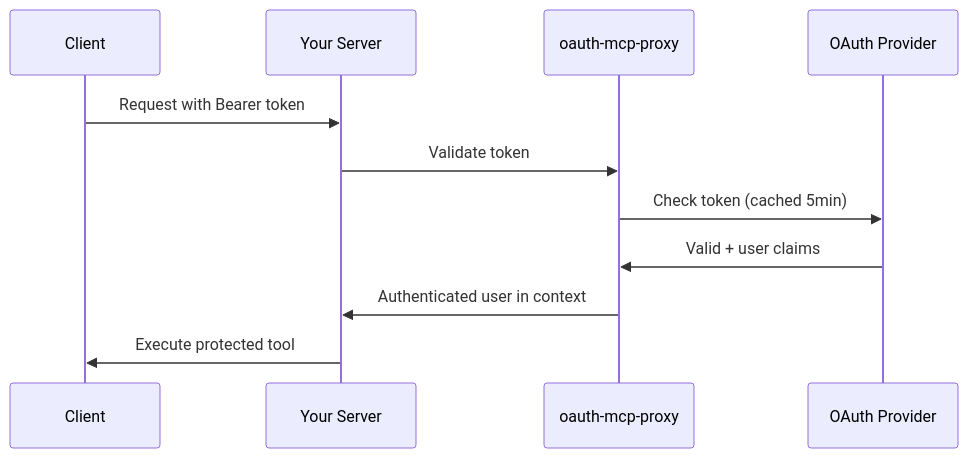
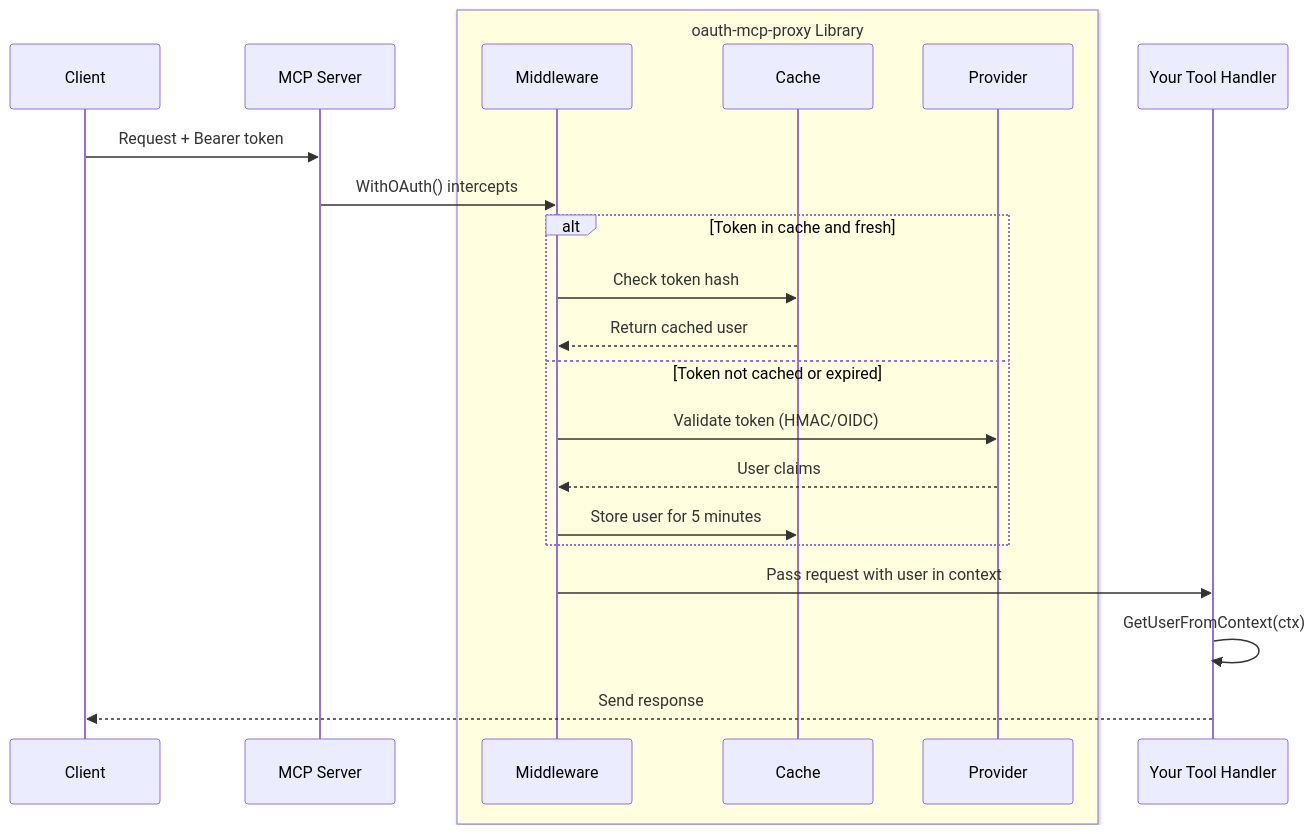
The first of 2 diagrams in README.md (tuannvm/oauth-mcp-proxy), drawn with Mermaid before and after one commit. The commit also changed other lines of this file, not shown here.

Commit message:
docs(README.md): Add detailed request and token validation flow diagrams

````diff
--- a/README.md
+++ b/README.md
@@ -57,14 +59,27 @@
 ```mermaid
 sequenceDiagram
     participant Client
-    participant Your Server
-    participant oauth-mcp-proxy
-    participant OAuth Provider
+    participant MCP Server
+    box lightyellow oauth-mcp-proxy Library
+    participant Middleware
+    participant Cache
+    participant Provider
+    end
+    participant Your Tool Handler
 
-    Client->>Your Server: Request with Bearer token
-    Your Server->>oauth-mcp-proxy: Validate token
-    oauth-mcp-proxy->>OAuth Provider: Check token (cached 5min)
-    OAuth Provider->>oauth-mcp-proxy: Valid + user claims
-    oauth-mcp-proxy->>Your Server: Authenticated user in context
-    Your Server->>Client: Execute protected tool
+    Client->>MCP Server: Request + Bearer token
+    MCP Server->>Middleware: WithOAuth() intercepts
+
+    alt Token in cache and fresh
+        Middleware->>Cache: Check token hash
+        Cache-->>Middleware: Return cached user
+    else Token not cached or expired
+        Middleware->>Provider: Validate token (HMAC/OIDC)
+        Provider-->>Middleware: User claims
+        Middleware->>Cache: Store user for 5 minutes
+    end
+
+    Middleware->>Your Tool Handler: Pass request with user in context
+    Your Tool Handler->>Your Tool Handler: GetUserFromContext(ctx)
+    Your Tool Handler-->>Client: Send response
 ```
````
